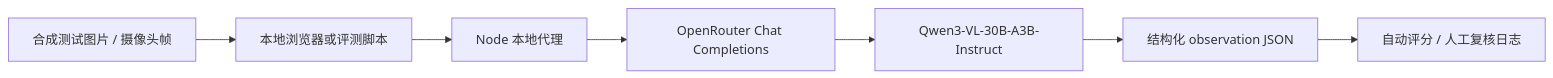
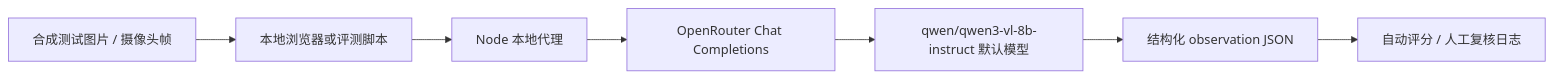
The diagram in apps/vision-demo/docs/project-design.md (inwaylaw/montessori-space), drawn with Mermaid before and after one commit. The commit also changed other lines of this file and 31 other files, not shown here.

````diff
--- a/apps/vision-demo/docs/project-design.md
+++ b/apps/vision-demo/docs/project-design.md
@@ -15,9 +15,9 @@
 ```mermaid
 flowchart LR
   A["合成测试图片 / 摄像头帧"] --> B["本地浏览器或评测脚本"]
   B --> C["Node 本地代理"]
   C --> D["OpenRouter Chat Completions"]
-  D --> E["Qwen3-VL-30B-A3B-Instruct"]
+  D --> E["qwen/qwen3-vl-8b-instruct 默认模型"]
   E --> F["结构化 observation JSON"]
   F --> G["自动评分 / 人工复核日志"]
 ```
````
